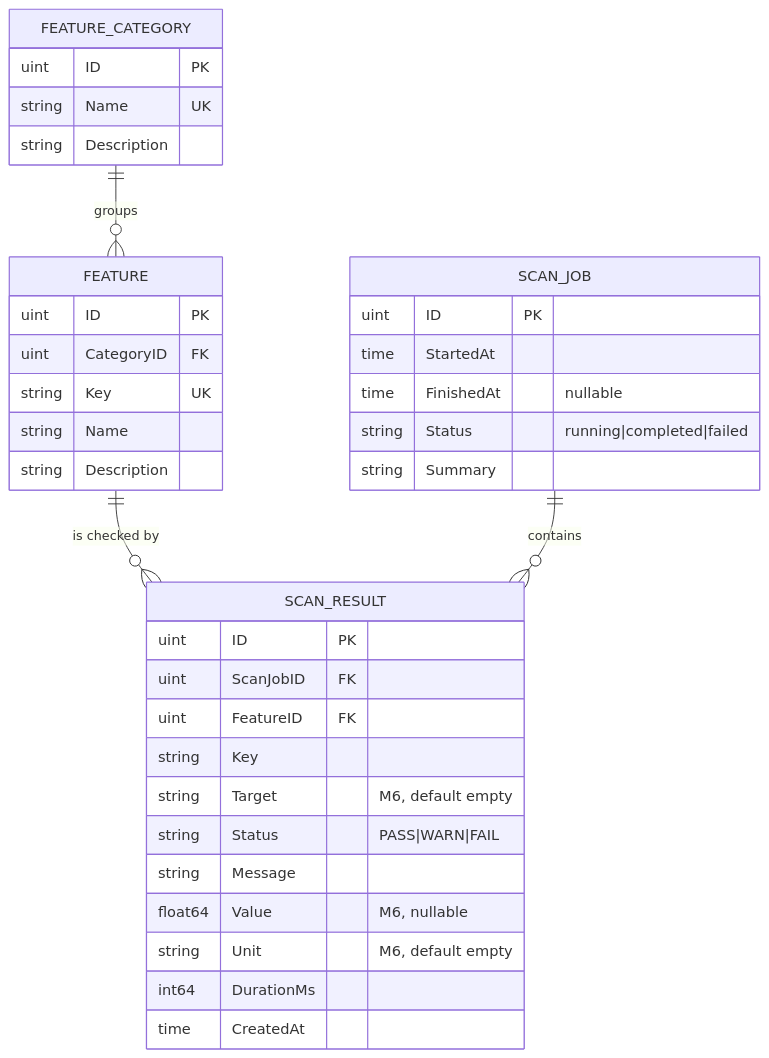
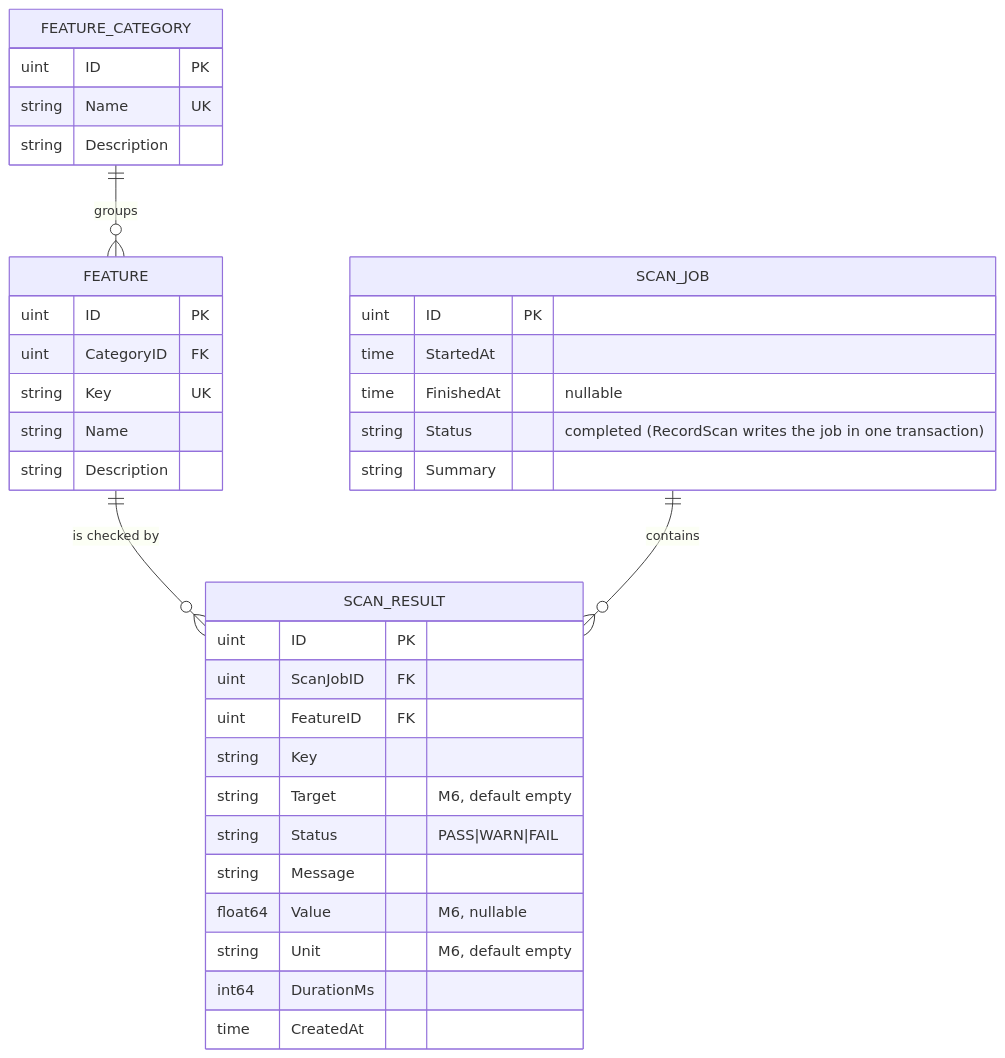
One commit to jabbott-iii/Salus changed the third of 3 diagrams in intel/map.md. Above: the diagram before and after it, drawn with Mermaid. The commit also changed other lines of this file and 11 other files, not shown here.

````diff
--- a/intel/map.md
+++ b/intel/map.md
@@ -206,39 +209,39 @@
 ```mermaid
 erDiagram
     FEATURE_CATEGORY ||--o{ FEATURE : groups
     FEATURE ||--o{ SCAN_RESULT : "is checked by"
     SCAN_JOB ||--o{ SCAN_RESULT : contains
 
     FEATURE_CATEGORY {
         uint ID PK
         string Name UK
         string Description
     }
     FEATURE {
         uint ID PK
         uint CategoryID FK
         string Key UK
         string Name
         string Description
     }
     SCAN_JOB {
         uint ID PK
         time StartedAt
         time FinishedAt "nullable"
-        string Status "running|completed|failed"
+        string Status "completed (RecordScan writes the job in one transaction)"
         string Summary
     }
     SCAN_RESULT {
         uint ID PK
         uint ScanJobID FK
         uint FeatureID FK
         string Key
         string Target "M6, default empty"
         string Status "PASS|WARN|FAIL"
         string Message
         float64 Value "M6, nullable"
         string Unit "M6, default empty"
         int64 DurationMs
         time CreatedAt
     }
 ```
````
